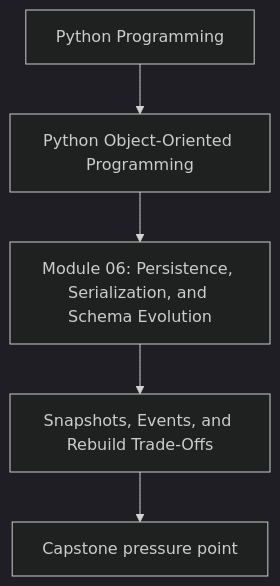
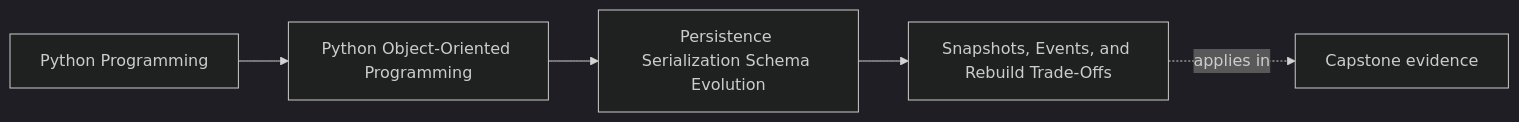
One commit to bijux/bijux-masterclass changed the first of 2 diagrams in programs/python-programming/python-object-oriented-programming/course-book/module-06-persistence-serialization-schema-evolution/snapshots-events-and-rebuild-trade-offs.md. Above: the diagram before and after it, drawn with Mermaid (dark theme). The commit also changed other lines of this file and 103 other files, not shown here.

Commit message:
docs(python-object-oriented-programming): map sustainment and capstone surfaces

````diff
--- a/programs/python-programming/python-object-oriented-programming/course-book/module-06-persistence-serialization-schema-evolution/snapshots-events-and-rebuild-trade-offs.md
+++ b/programs/python-programming/python-object-oriented-programming/course-book/module-06-persistence-serialization-schema-evolution/snapshots-events-and-rebuild-trade-offs.md
@@ -7,7 +7,11 @@
 ```mermaid
-flowchart TD
-  family["Python Programming"] --> program["Python Object-Oriented Programming"]
-  program --> module["Module 06: Persistence, Serialization, and Schema Evolution"]
-  module --> concept["Snapshots, Events, and Rebuild Trade-Offs"]
-  concept --> capstone["Capstone pressure point"]
+graph LR
+  family["Python Programming"]
+  program["Python Object-Oriented Programming"]
+  section["Persistence Serialization Schema Evolution"]
+  page["Snapshots, Events, and Rebuild Trade-Offs"]
+  capstone["Capstone evidence"]
+
+  family --> program --> section --> page
+  page -.applies in.-> capstone
 ```
````
